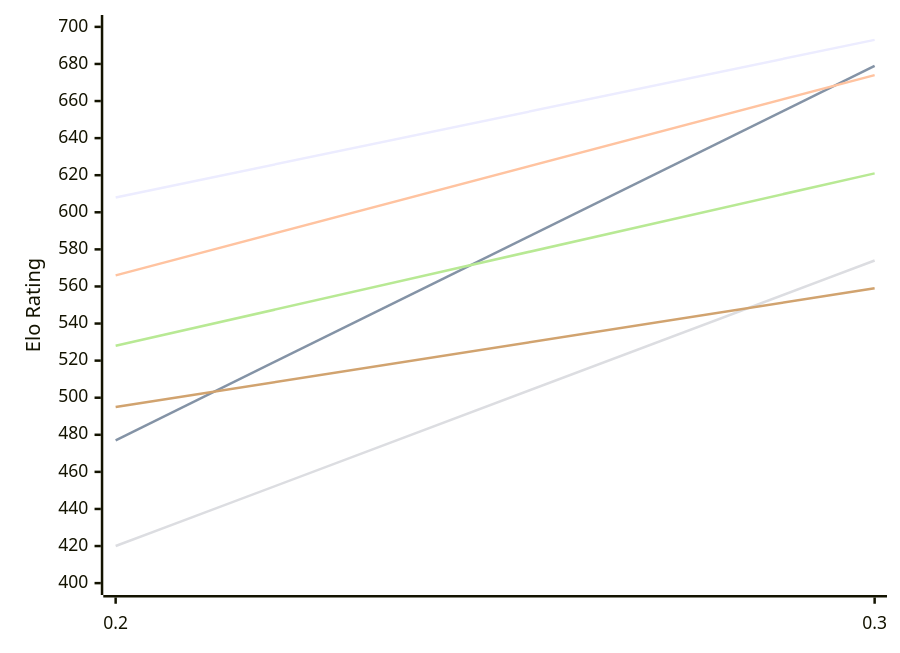
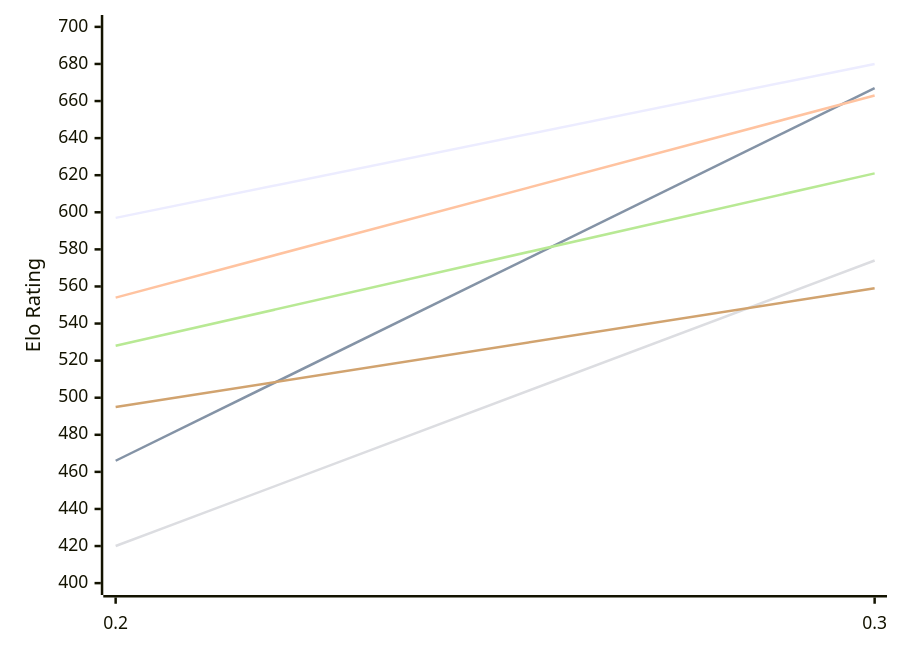
One commit to computer-chess-index/cci changed the first of 2 diagrams in engines/Magpie.md. Above: the diagram before and after it, drawn with Mermaid. The commit also changed other lines of this file, not shown here.

Commit message:
Update CCI Ratings (ELO VLTC) - 2026-11-18

````diff
--- a/engines/Magpie.md
+++ b/engines/Magpie.md
@@ -50,12 +50,12 @@
 ```mermaid
 %%{init: {"theme":"base","themeVariables":{"seriesColors:['#a3a3a3','#222221','#faa371']}}}%%
 xychart-beta
   x-axis ["0.2", "0.3"]
   y-axis "Elo Rating" 400 --> 700
-  line "E1: STC (8.0+0.08s)" [608, 693]
-  line "E1: LTC (60.0+0.60s)" [477, 679]
-  line "E1: VLTC (2m24s+1.12s)" [566, 674]
+  line "E1: STC (8.0+0.08s)" [597, 680]
+  line "E1: LTC (60.0+0.60s)" [466, 667]
+  line "E1: VLTC (2m24s+1.12s)" [554, 663]
   line "P1: STC (8.0+0.08s)" [420, 574]
   line "P1: LTC (60.0+0.60s)" [528, 621]
   line "P1: VLTC (2m24s+1.12s)" [495, 559]
 ```
````
